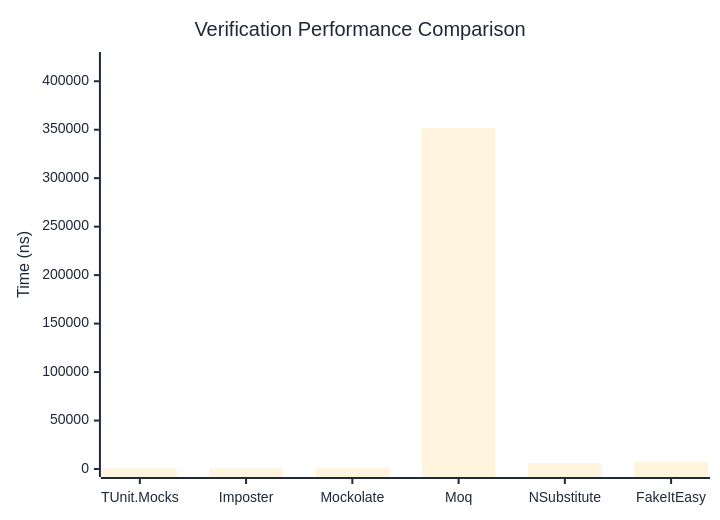
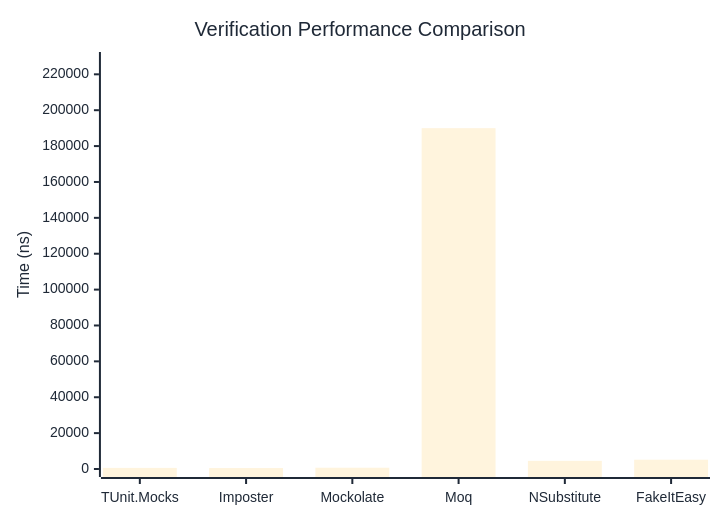
Before and after one commit to thomhurst/TUnit: the first of 3 diagrams in docs/docs/benchmarks/mocks/Verification.md, drawn with Mermaid. The commit also changed other lines of this file and 14 other files, not shown here.

````diff
--- a/docs/docs/benchmarks/mocks/Verification.md
+++ b/docs/docs/benchmarks/mocks/Verification.md
@@ -28,27 +28,27 @@
 ```mermaid
 %%{init: {
   'theme':'base',
   'themeVariables': {
     'primaryColor': '#2563eb',
     'primaryTextColor': '#1f2937',
     'primaryBorderColor': '#1e40af',
     'lineColor': '#6b7280',
     'secondaryColor': '#7c3aed',
     'tertiaryColor': '#dc2626',
     'background': '#ffffff',
     'pie1': '#2563eb',
     'pie2': '#7c3aed',
     'pie3': '#dc2626',
     'pie4': '#f59e0b',
     'pie5': '#10b981',
     'pie6': '#06b6d4',
     'pie7': '#ec4899',
     'pie8': '#6366f1'
   }
 }}%%
 xychart-beta
   title "Verification Performance Comparison"
   x-axis ["TUnit.Mocks", "Imposter", "Mockolate", "Moq", "NSubstitute", "FakeItEasy"]
-  y-axis "Time (ns)" 0 --> 421919
-  bar [740.47, 696.81, 926.56, 351598.54, 6038.71, 7366.95]
+  y-axis "Time (ns)" 0 --> 227983
+  bar [610.66, 526.4, 713.3, 189985.44, 4541.65, 5179.22]
 ```
````
